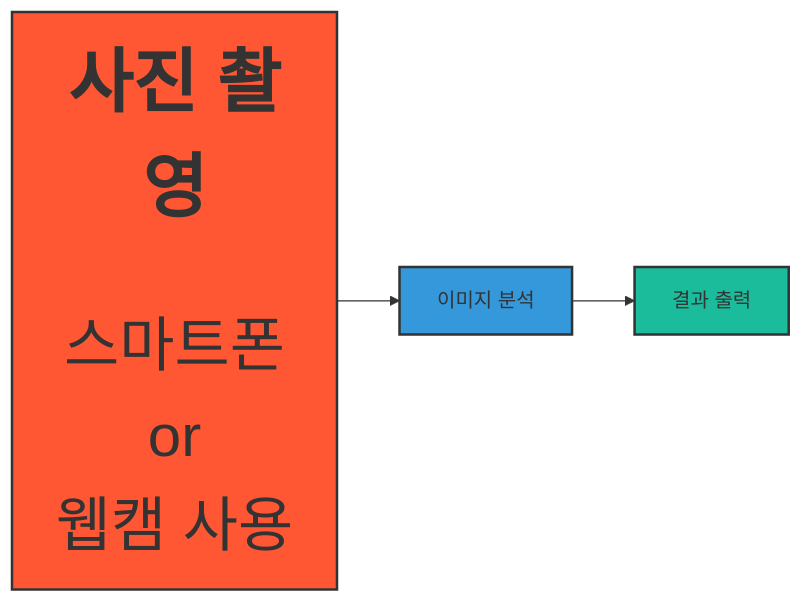
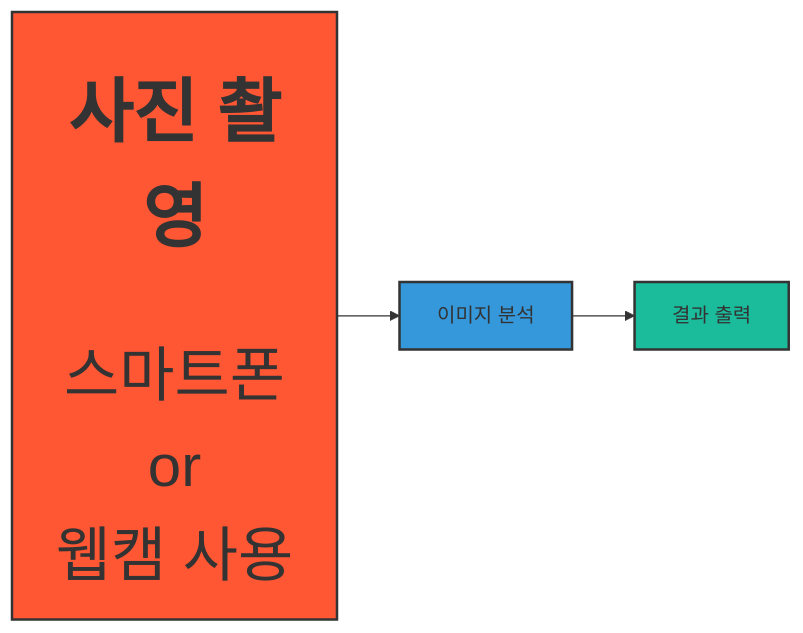
Before and after one commit to 201710808/-p: the diagram in Readme.md, drawn with Mermaid.

````diff
--- a/Readme.md
+++ b/Readme.md
@@ -3,10 +3,10 @@
 ```mermaid
 graph LR
-A[<b><span style='font-size:56px'>사진 촬영</span></b>\n\n\n<span style='font-size:48px'>스마트폰\nor\n웹캠 사용] --> B[이미지 분석]
+A[<br><b><span style='font-size:56px'>사진 촬영</span></b>\n\n\n<span style='font-size:48px'>스마트폰\nor\n웹캠 사용<br>] --> B[이미지 분석]
 B --> C[결과 출력]
 
 style A fill:#FF5733,stroke:#333,stroke-width:2px
 style B fill:#3498db,stroke:#333,stroke-width:2px
 style C fill:#1abc9c,stroke:#333,stroke-width:2px
 
 ```
````
